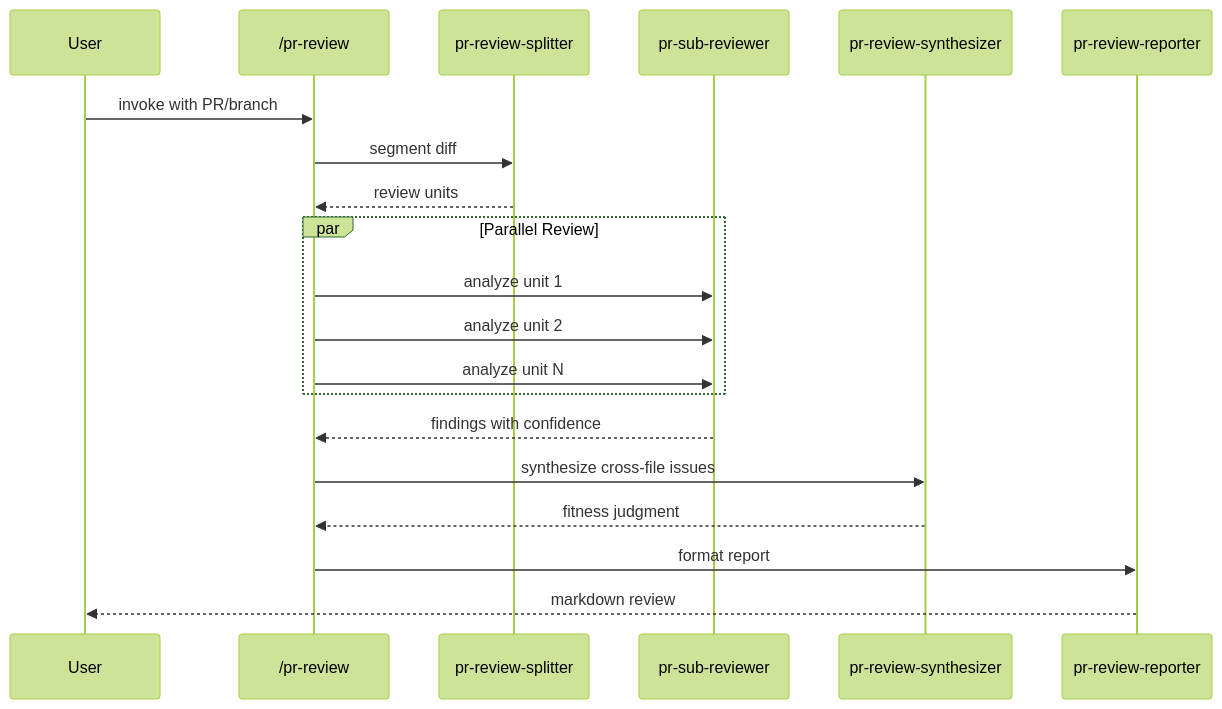
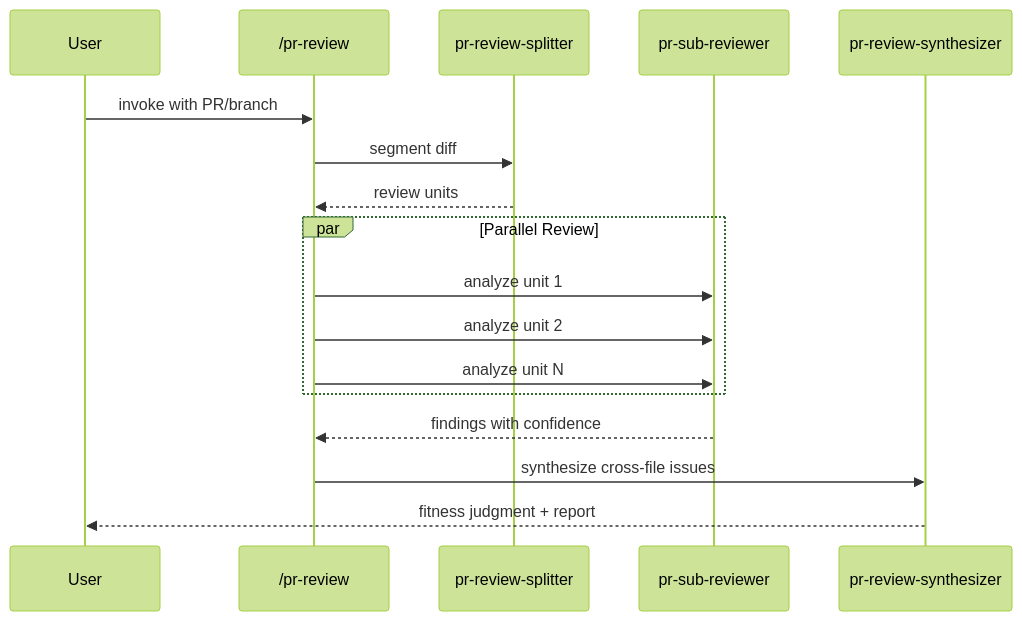
One commit to rp1-run/rp1 changed the fourth of 4 diagrams in .rp1/context/architecture.md. Above: the diagram before and after it, drawn with Mermaid (forest theme). The commit also changed other lines of this file and 5 other files, not shown here.

````diff
--- a/.rp1/context/architecture.md
+++ b/.rp1/context/architecture.md
@@ -204,25 +195,22 @@
 ```mermaid
 sequenceDiagram
     participant User
     participant PR as /pr-review
     participant Splitter as pr-review-splitter
     participant SubReviewer as pr-sub-reviewer
     participant Synth as pr-review-synthesizer
-    participant Reporter as pr-review-reporter
 
     User->>PR: invoke with PR/branch
     PR->>Splitter: segment diff
     Splitter-->>PR: review units
 
     par Parallel Review
         PR->>SubReviewer: analyze unit 1
         PR->>SubReviewer: analyze unit 2
         PR->>SubReviewer: analyze unit N
     end
 
     SubReviewer-->>PR: findings with confidence
     PR->>Synth: synthesize cross-file issues
-    Synth-->>PR: fitness judgment
-    PR->>Reporter: format report
-    Reporter-->>User: markdown review
+    Synth-->>User: fitness judgment + report
 ```
````
